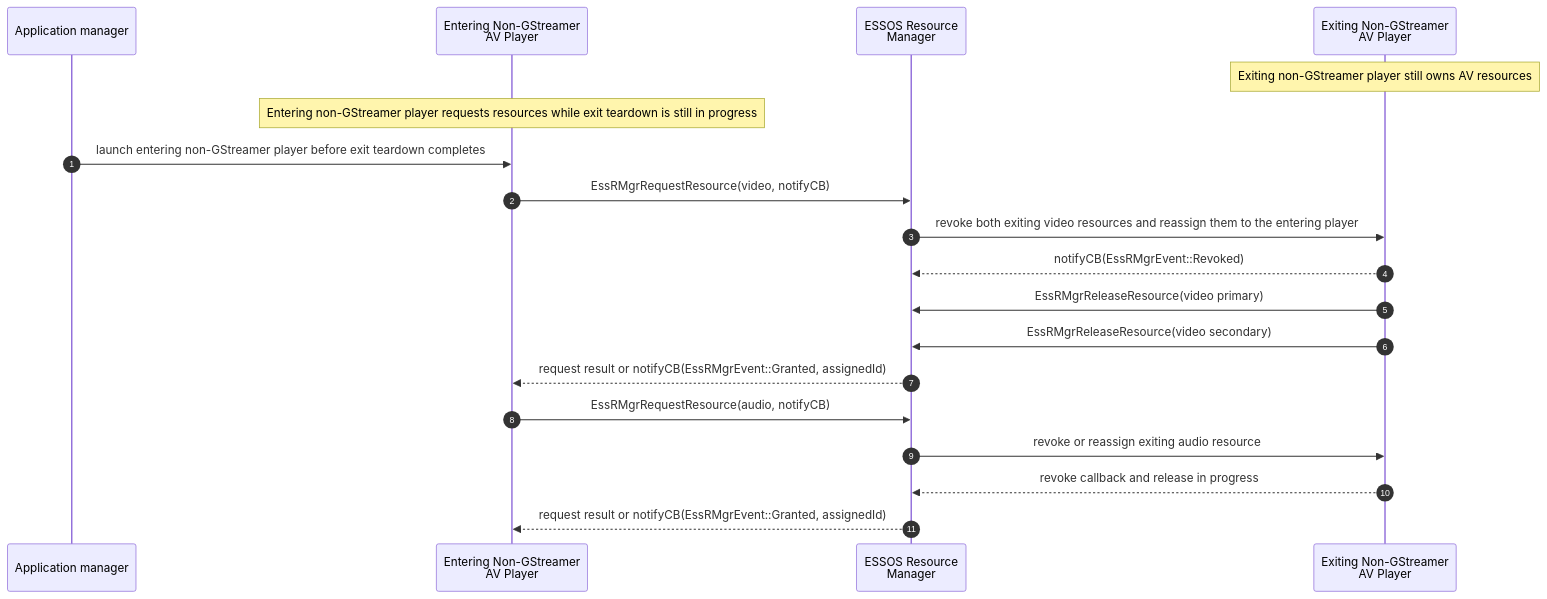
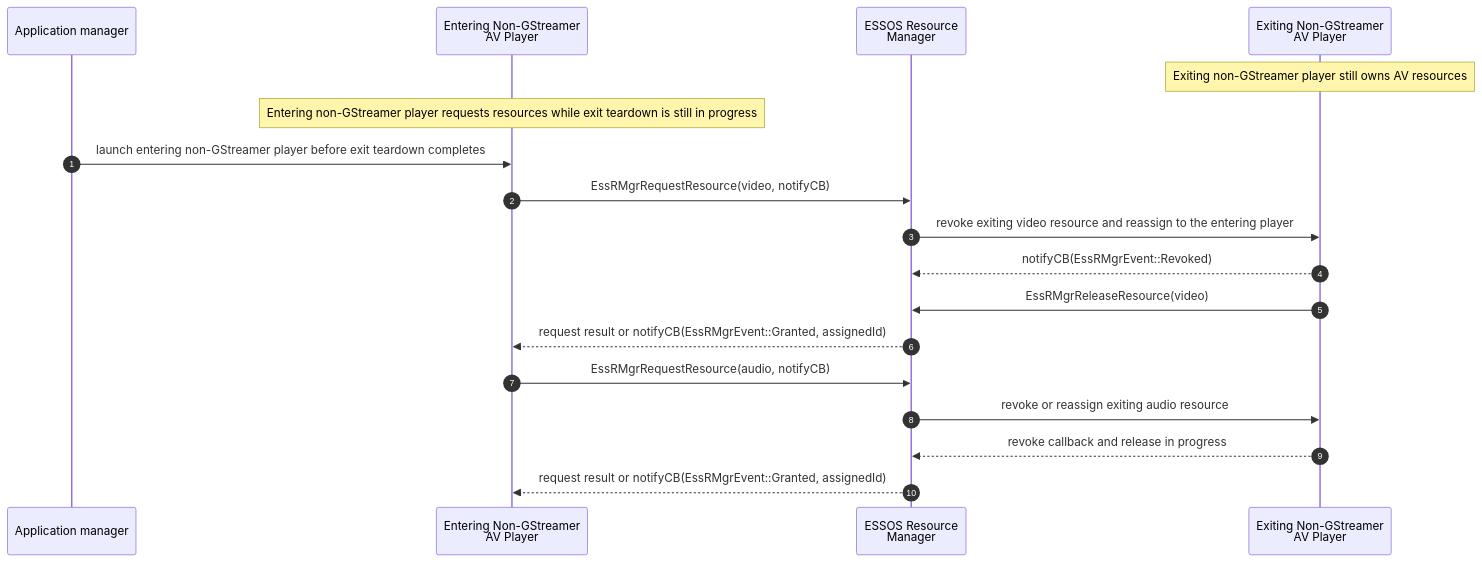
Before and after one commit to rdkcentral/rdk-hpk-documentation: the ninth of 9 diagrams in doc/SPECIFICATION-dual-decode-legacy-av-hal-extension.md, drawn with Mermaid. The commit also changed other lines of this file, not shown here.

Commit message:
docs: fix non-GStreamer video resource handling in disorderly paths
Non-GStreamer applications only manage a single primary video resource,
not both primary and secondary like GStreamer applications do.

Fixed sections 12.4 and 12.5 disorderly-release paths:
- Change 'revoke both exiting video resources' to 'revoke exiting video resource'
- Replace two separate release calls (primary + secondary) with single release call
- Align with non-GStreamer resource model (single video, single audio)

This clarifies that only GStreamer-based applications manage dual video
resources through ESSOS.

````diff
--- a/doc/SPECIFICATION-dual-decode-legacy-av-hal-extension.md
+++ b/doc/SPECIFICATION-dual-decode-legacy-av-hal-extension.md
@@ -849,24 +848,23 @@
 ```mermaid
 sequenceDiagram
     autonumber
     participant AM as Application manager
     participant APP_NG_ENTER as Entering Non-GStreamer<br/>AV Player
     participant RM as ESSOS Resource<br/>Manager
     participant APP_NG_EXIT as Exiting Non-GStreamer<br/>AV Player
 
     Note over APP_NG_EXIT: Exiting non-GStreamer player still owns AV resources
     Note over APP_NG_ENTER: Entering non-GStreamer player requests resources while exit teardown is still in progress
 
     AM->>APP_NG_ENTER: launch entering non-GStreamer player before exit teardown completes
     APP_NG_ENTER->>RM: EssRMgrRequestResource(video, notifyCB)
-    RM->>APP_NG_EXIT: revoke both exiting video resources and reassign them to the entering player
+    RM->>APP_NG_EXIT: revoke exiting video resource and reassign to the entering player
     APP_NG_EXIT-->>RM: notifyCB(EssRMgrEvent::Revoked)
-    APP_NG_EXIT->>RM: EssRMgrReleaseResource(video primary)
-    APP_NG_EXIT->>RM: EssRMgrReleaseResource(video secondary)
+    APP_NG_EXIT->>RM: EssRMgrReleaseResource(video)
     RM-->>APP_NG_ENTER: request result or notifyCB(EssRMgrEvent::Granted, assignedId)
 
     APP_NG_ENTER->>RM: EssRMgrRequestResource(audio, notifyCB)
     RM->>APP_NG_EXIT: revoke or reassign exiting audio resource
     APP_NG_EXIT-->>RM: revoke callback and release in progress
     RM-->>APP_NG_ENTER: request result or notifyCB(EssRMgrEvent::Granted, assignedId)
 ```
````
